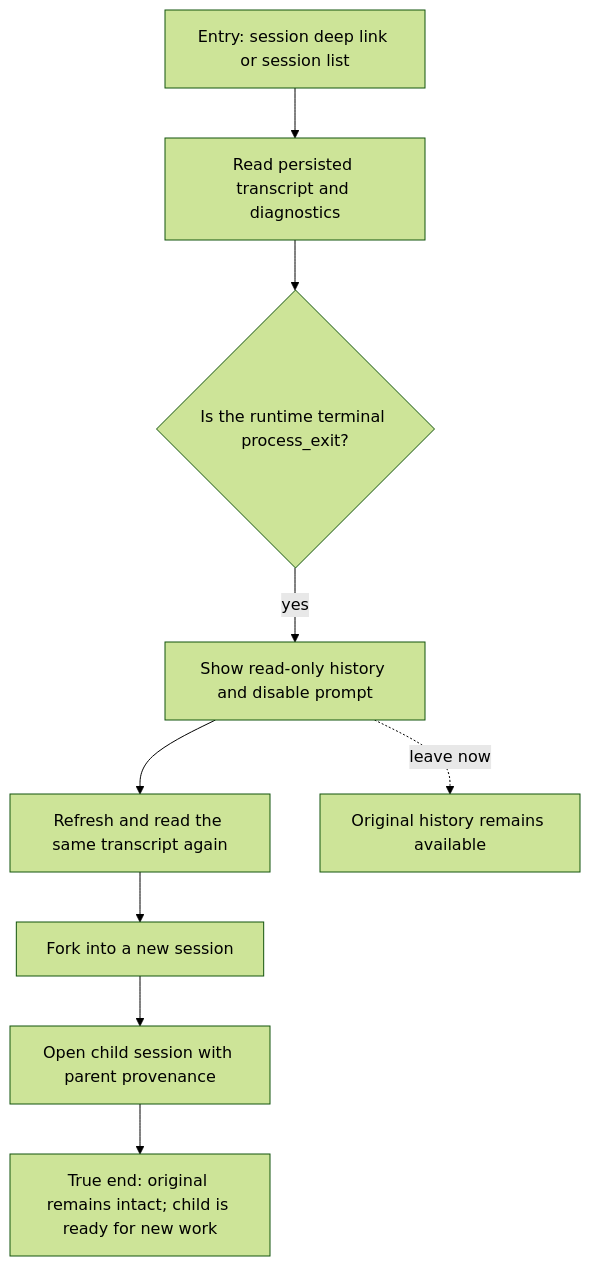
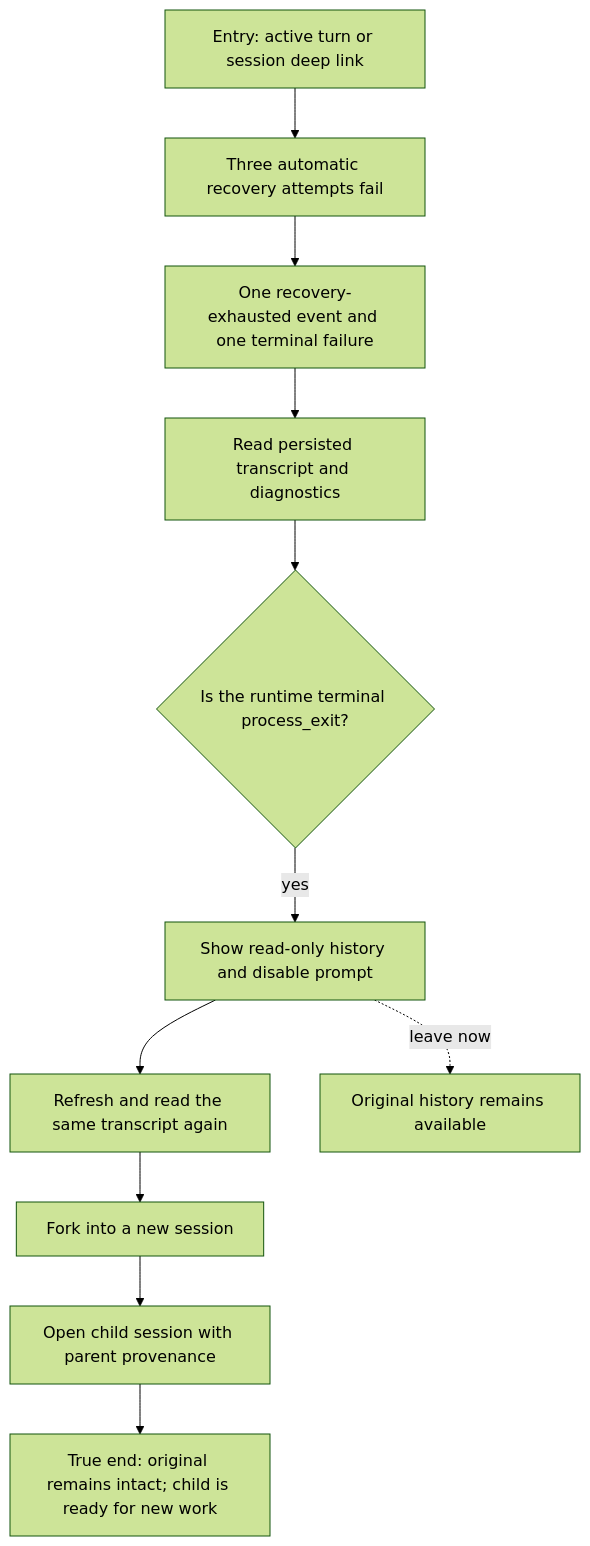
The diagram in docs/qa/journeys/J-dead-session-history-recovery.md (compozy/compozy), drawn with Mermaid (forest theme) before and after one commit. The commit also changed other lines of this file and 141 other files, not shown here.

````diff
--- a/docs/qa/journeys/J-dead-session-history-recovery.md
+++ b/docs/qa/journeys/J-dead-session-history-recovery.md
@@ -7,11 +8,13 @@
 ```mermaid
 flowchart TD
-    E[Entry: session deep link or session list] --> H[Read persisted transcript and diagnostics]
+    E[Entry: active turn or session deep link] --> A[Three automatic recovery attempts fail]
+    A --> X[One recovery-exhausted event and one terminal failure]
+    X --> H[Read persisted transcript and diagnostics]
     H --> P{Is the runtime terminal process_exit?}
     P -->|yes| RO[Show read-only history and disable prompt]
     RO --> R[Refresh and read the same transcript again]
     R --> F[Fork into a new session]
     F --> C[Open child session with parent provenance]
     RO -.->|leave now| L[Original history remains available]
     C --> T[True end: original remains intact; child is ready for new work]
 ```
````
